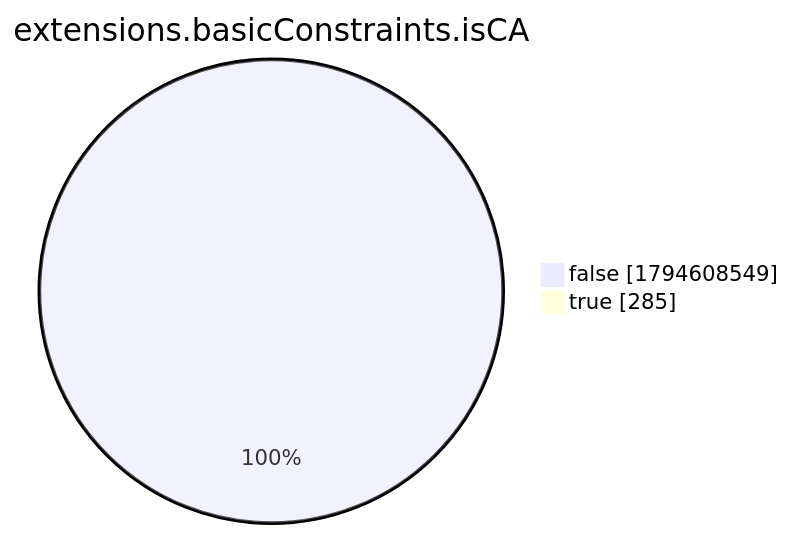
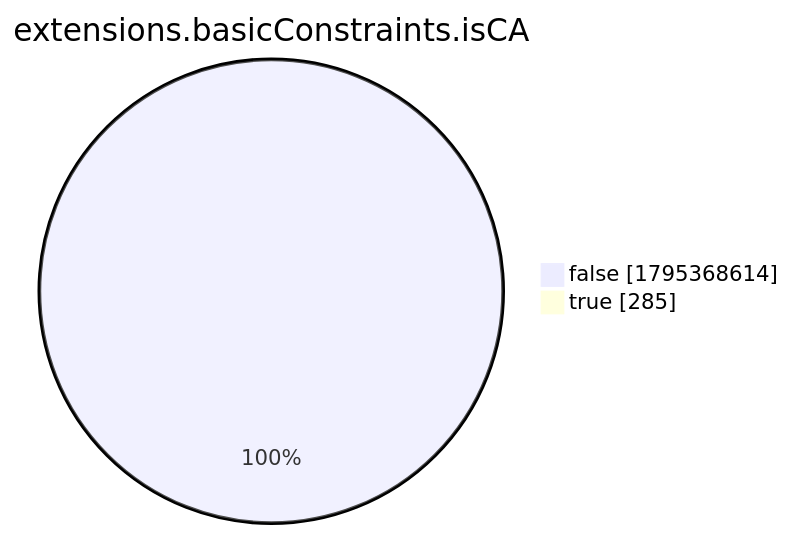
The eighth of 15 diagrams in xenon2022/README.md (christiankrug/ctmonitor_visualization), drawn with Mermaid before and after one commit. The commit also changed other lines of this file, not shown here.

````diff
--- a/xenon2022/README.md
+++ b/xenon2022/README.md
@@ -2868,6 +2868,6 @@
 ```mermaid
 pie showData
 title extensions.basicConstraints.isCA
-"false" :1794608549
+"false" :1795368614
 "true" :285
 ```
````
